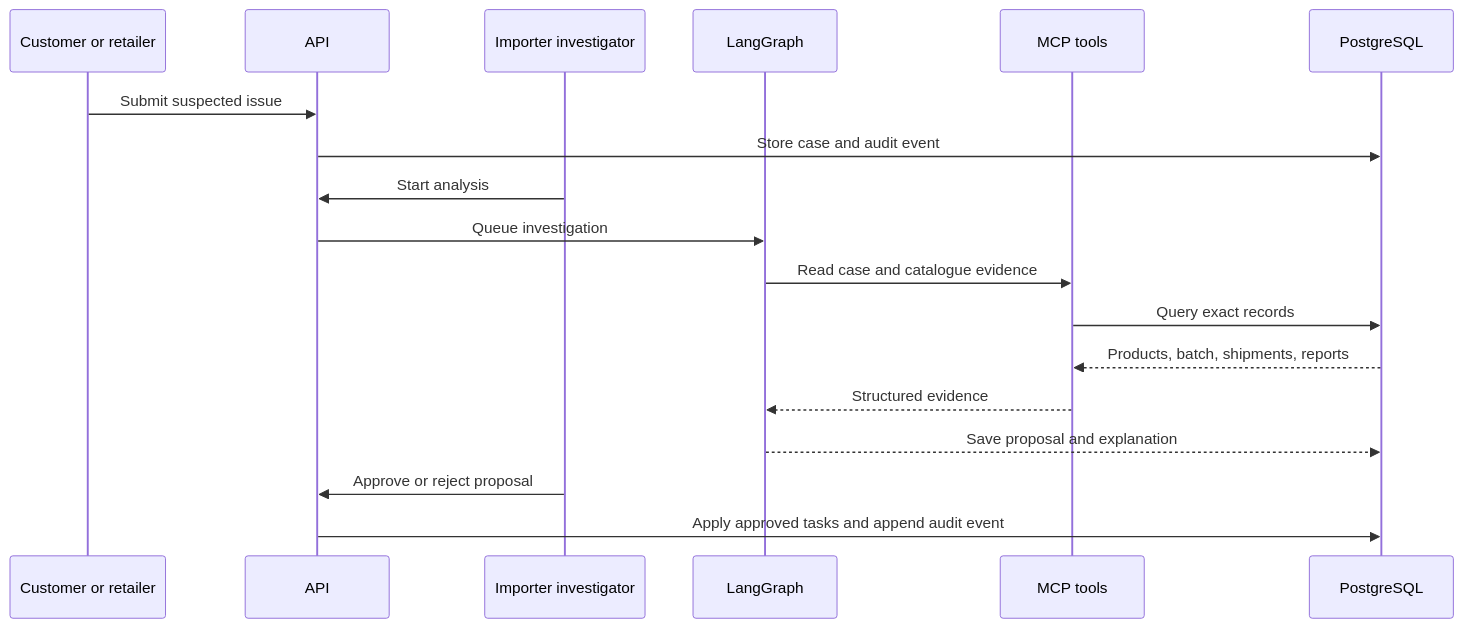
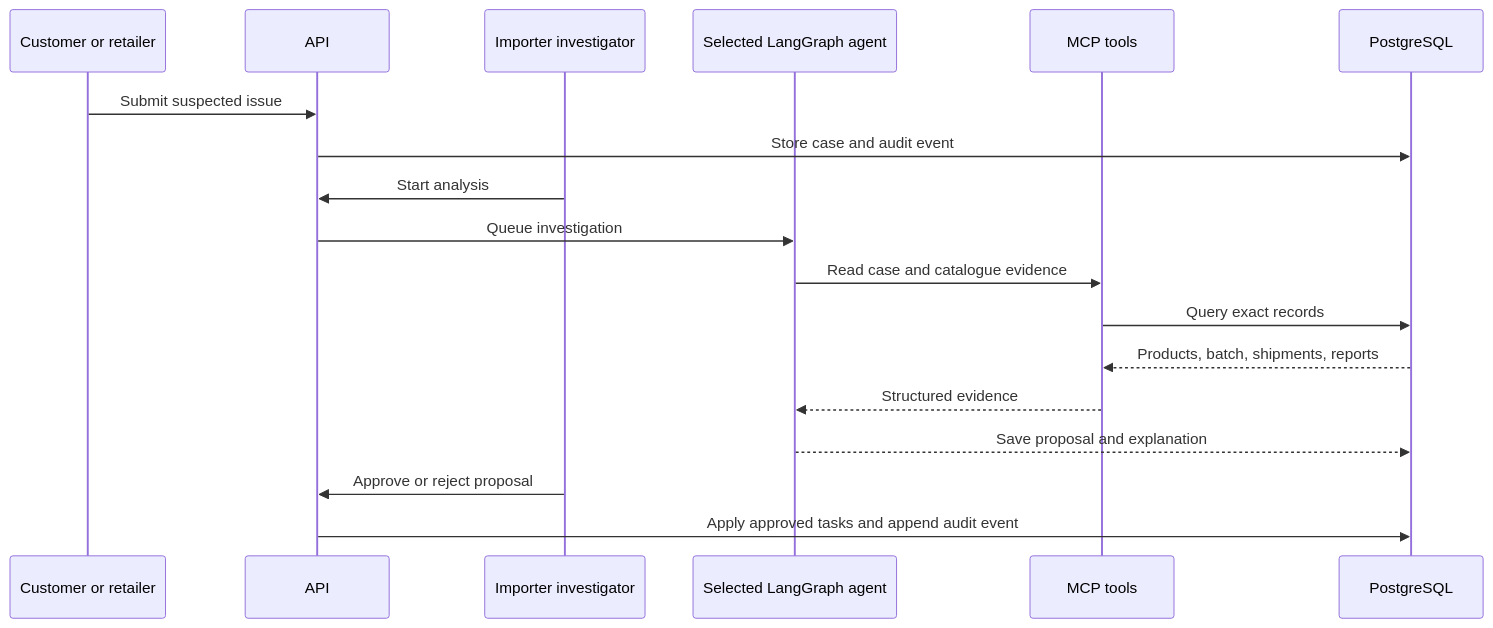
One commit to Abubakar123421/agentica changed the second of 2 diagrams in batchbridge/ARCHITECTURE.md. Above: the diagram before and after it, drawn with Mermaid. The commit also changed other lines of this file and 40 other files, not shown here.

````diff
--- a/batchbridge/ARCHITECTURE.md
+++ b/batchbridge/ARCHITECTURE.md
@@ -49,21 +55,21 @@
 ```mermaid
 sequenceDiagram
     participant U as Customer or retailer
     participant A as API
     participant H as Importer investigator
-    participant L as LangGraph
+    participant L as Selected LangGraph agent
     participant T as MCP tools
     participant D as PostgreSQL
 
     U->>A: Submit suspected issue
     A->>D: Store case and audit event
     H->>A: Start analysis
     A->>L: Queue investigation
     L->>T: Read case and catalogue evidence
     T->>D: Query exact records
     D-->>T: Products, batch, shipments, reports
     T-->>L: Structured evidence
     L-->>D: Save proposal and explanation
     H->>A: Approve or reject proposal
     A->>D: Apply approved tasks and append audit event
 ```
````
